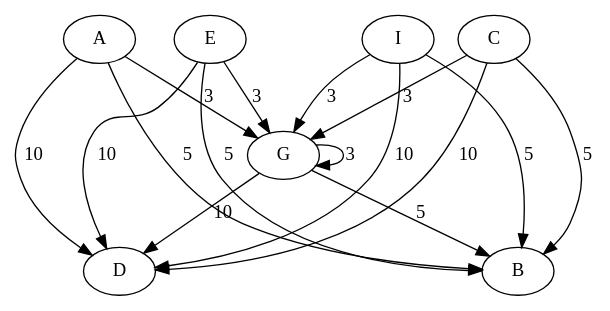
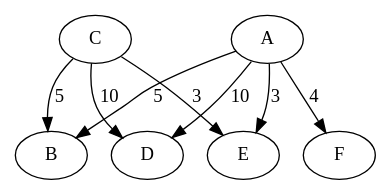
The diagram in test.dot (caco26i/IO-S2-2018), drawn with Graphviz before and after one commit. The commit also changed 5 other files, not shown here.

```diff
--- a/test.dot
+++ b/test.dot
@@ -1,17 +1,9 @@
 digraph G {
 A -> B [ label="5" ];
 A -> D [ label="10" ];
-A -> G [ label="3" ];
+A -> E [ label="3" ];
+A -> F [ label="4" ];
 C -> B [ label="5" ];
 C -> D [ label="10" ];
-C -> G [ label="3" ];
-E -> B [ label="5" ];
-E -> D [ label="10" ];
-E -> G [ label="3" ];
-G -> B [ label="5" ];
-G -> D [ label="10" ];
-G -> G [ label="3" ];
-I -> B [ label="5" ];
-I -> D [ label="10" ];
-I -> G [ label="3" ];
+C -> E [ label="3" ];
 }
```
